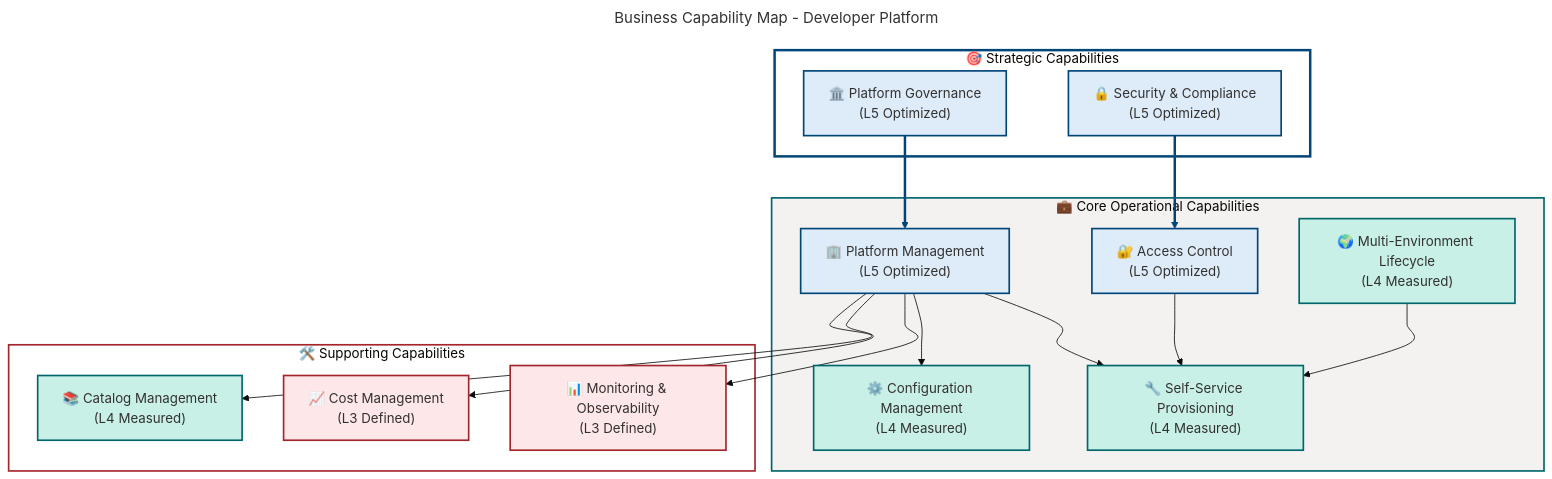
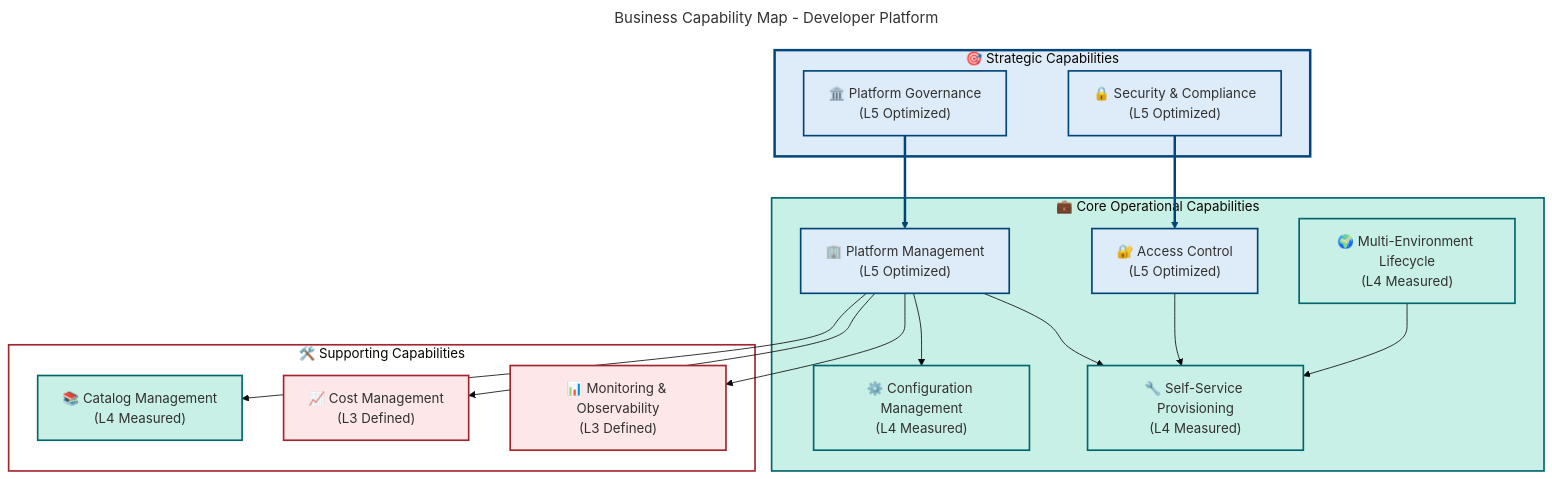
The first of 4 diagrams in docs/architecture/Business-Architecture.md (Evilazaro/DevExp-DevBox), drawn with Mermaid before and after one commit. The commit also changed other lines of this file and 2 other files, not shown here.

Commit message:
fix: update flowchart curve style to 'basis' for improved visual consistency across architecture documents

````diff
--- a/docs/architecture/Business-Architecture.md
+++ b/docs/architecture/Business-Architecture.md
@@ -104,7 +104,7 @@
     fontSize: '16px'
   flowchart:
     htmlLabels: false
-    curve: cardinal
+    curve: basis
     nodeSpacing: 50
     rankSpacing: 50
 ---
@@ -186,7 +186,9 @@
     classDef level3 fill:#FDE7E9,stroke:#A4262C,stroke-width:2px,color:#323130
 
     %% Subgraph styling (3 subgraphs = 3 style directives)
-    style STRATEGIC fill:#FFFFFF,stroke:#004578,stroke-width:3px
-    style CORE fill:#F3F2F1,stroke:#00666B,stroke-width:2px
+    %% CRITICAL: Functional siblings use semantic colors matching content purpose
+    style STRATEGIC fill:#DEECF9,stroke:#004578,stroke-width:3px
+    style CORE fill:#C8F0E7,stroke:#00666B,stroke-width:2px
+    style SUPPORT fill:#F3F2F1,stroke:#605E5C,stroke-width:2px
     style SUPPORT fill:#FFFFFF,stroke:#A4262C,stroke-width:2px
 ```
````
